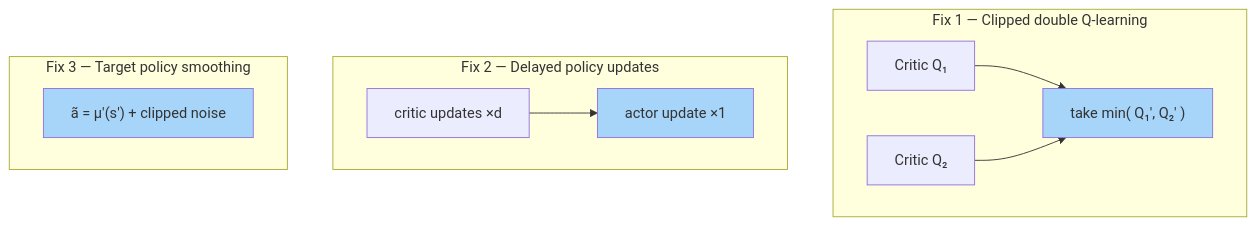
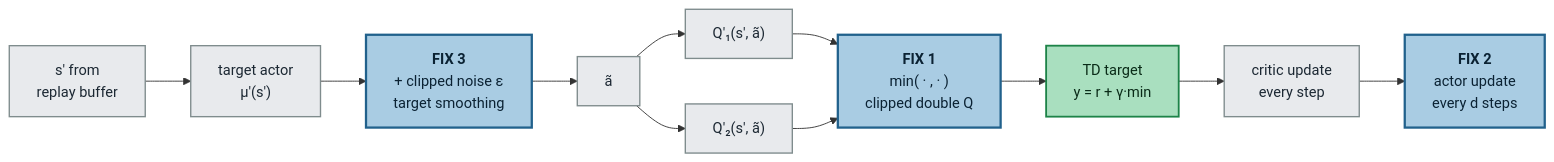
Before and after one commit to FarzanehTatari/farzanehtatari.github.io: the fourth of 5 diagrams in _posts/2026-08-21-ddpg-td3-sac-lineage.md, drawn with Mermaid. The commit also changed other lines of this file, not shown here.

````diff
--- a/_posts/2026-08-21-ddpg-td3-sac-lineage.md
+++ b/_posts/2026-08-21-ddpg-td3-sac-lineage.md
@@ -173,22 +205,26 @@
 ```mermaid
-graph TB
-    subgraph fix1["Fix 1 — Clipped double Q-learning"]
-        Q1["Critic Q₁"]
-        Q2["Critic Q₂"]
-        MIN["take min( Q₁′, Q₂′ )"]
-        Q1 --> MIN
-        Q2 --> MIN
-    end
+graph LR
+    S["s′ from<br/>replay buffer"]
+    MU["target actor<br/>μ′(s′)"]
+    SM["<b>FIX 3</b><br/>+ clipped noise ε<br/>target smoothing"]
+    AT["ã"]
+    Q1["Q′₁(s′, ã)"]
+    Q2["Q′₂(s′, ã)"]
+    MIN["<b>FIX 1</b><br/>min( · , · )<br/>clipped double Q"]
+    Y["TD target<br/>y = r + γ·min"]
+    CU["critic update<br/>every step"]
+    AU["<b>FIX 2</b><br/>actor update<br/>every d steps"]
 
-    subgraph fix2["Fix 2 — Delayed policy updates"]
-        CU["critic updates ×d"] --> AU["actor update ×1"]
-    end
+    S --> MU --> SM --> AT
+    AT --> Q1 --> MIN
+    AT --> Q2 --> MIN
+    MIN --> Y --> CU --> AU
 
-    subgraph fix3["Fix 3 — Target policy smoothing"]
-        SM["ã = μ′(s′) + clipped noise"]
-    end
+    classDef fix     fill:#a9cce3,stroke:#21618c,stroke-width:2.5px,color:#0b2233
+    classDef neutral fill:#e8eaed,stroke:#7f8c8d,stroke-width:1.5px,color:#1c2833
+    classDef target  fill:#a9dfbf,stroke:#1d8348,stroke-width:2px,color:#0a2b18
 
-    style MIN fill:#a7d5f9
-    style AU fill:#a7d5f9
-    style SM fill:#a7d5f9
+    class SM,MIN,AU fix
+    class S,MU,AT,Q1,Q2,CU neutral
+    class Y target
 ```
````
